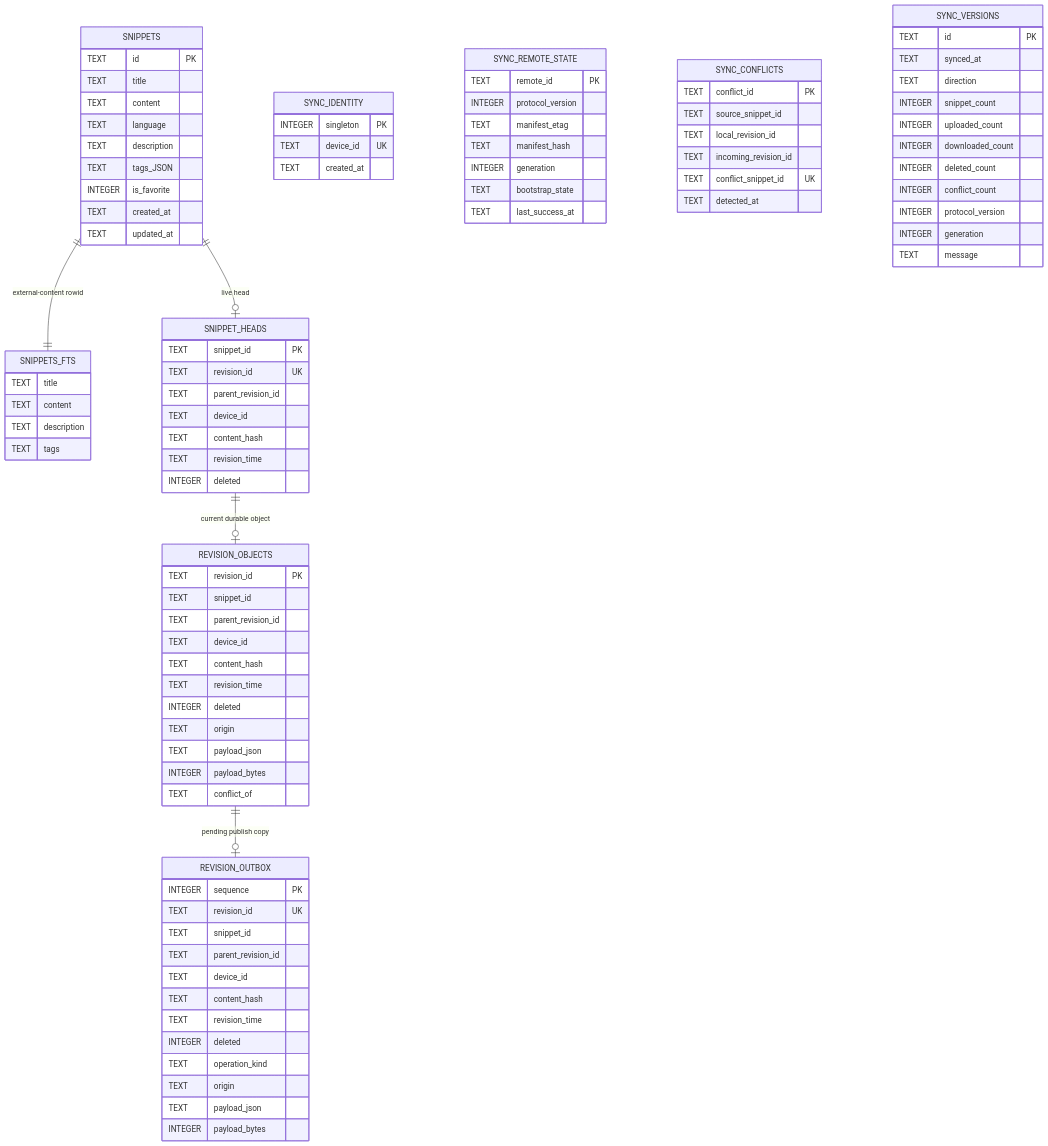
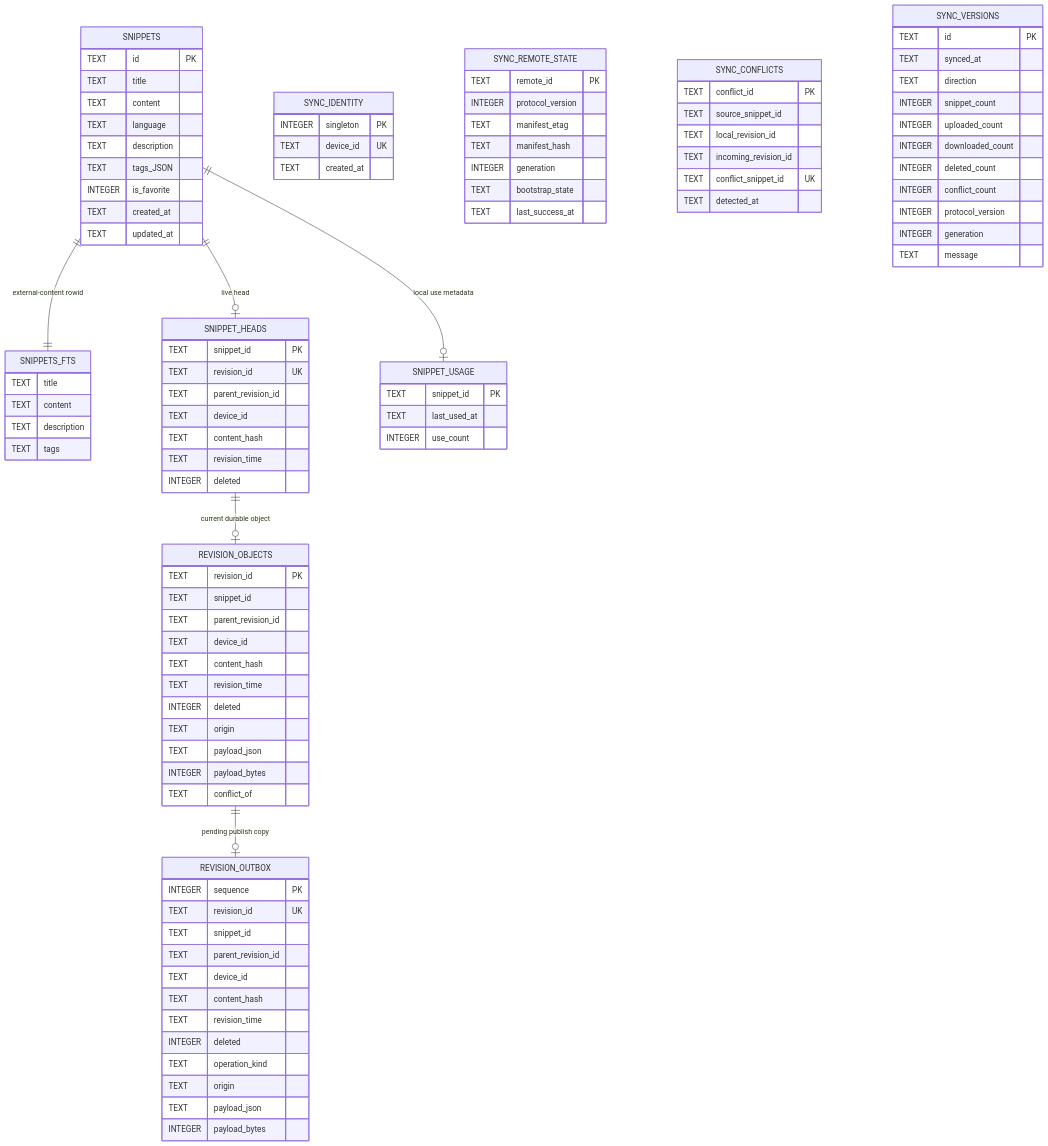
The fifth of 7 diagrams in docs/architecture.md (rainerosion/snipvault), drawn with Mermaid before and after one commit. The commit also changed other lines of this file and 35 other files, not shown here.

```diff
--- a/docs/architecture.md
+++ b/docs/architecture.md
@@ -464,6 +493,7 @@
 
     SNIPPETS ||--|| SNIPPETS_FTS : "external-content rowid"
     SNIPPETS ||--o| SNIPPET_HEADS : "live head"
+    SNIPPETS ||--o| SNIPPET_USAGE : "local use metadata"
 
     SNIPPETS_FTS {
         TEXT title
@@ -476,6 +506,12 @@
         INTEGER singleton PK
         TEXT device_id UK
         TEXT created_at
+    }
+
+    SNIPPET_USAGE {
+        TEXT snippet_id PK
+        TEXT last_used_at
+        INTEGER use_count
     }
 
     SNIPPET_HEADS {
```
